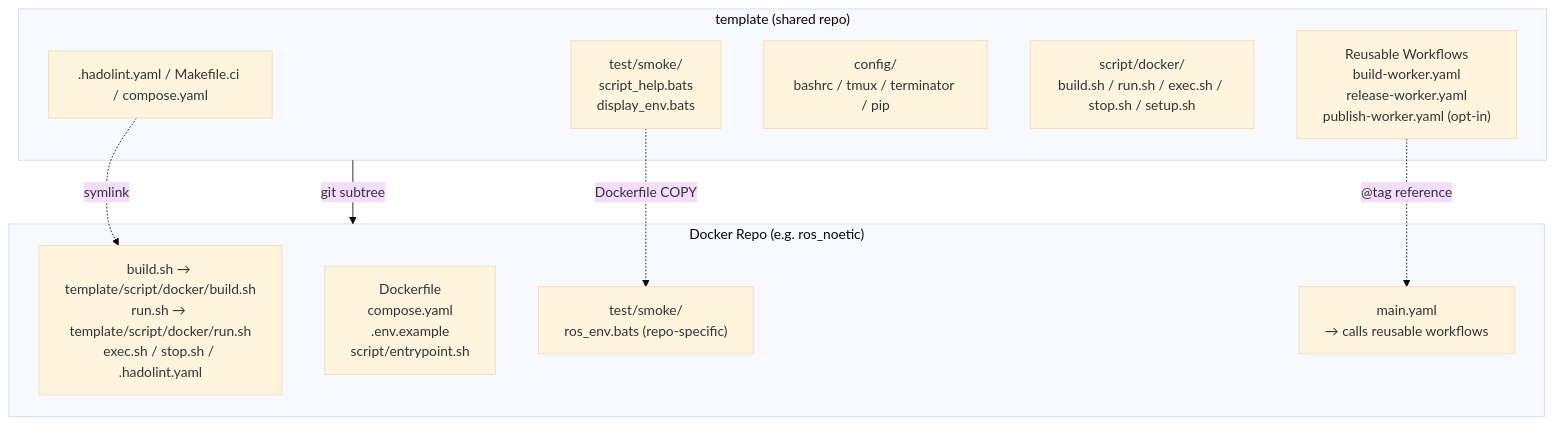
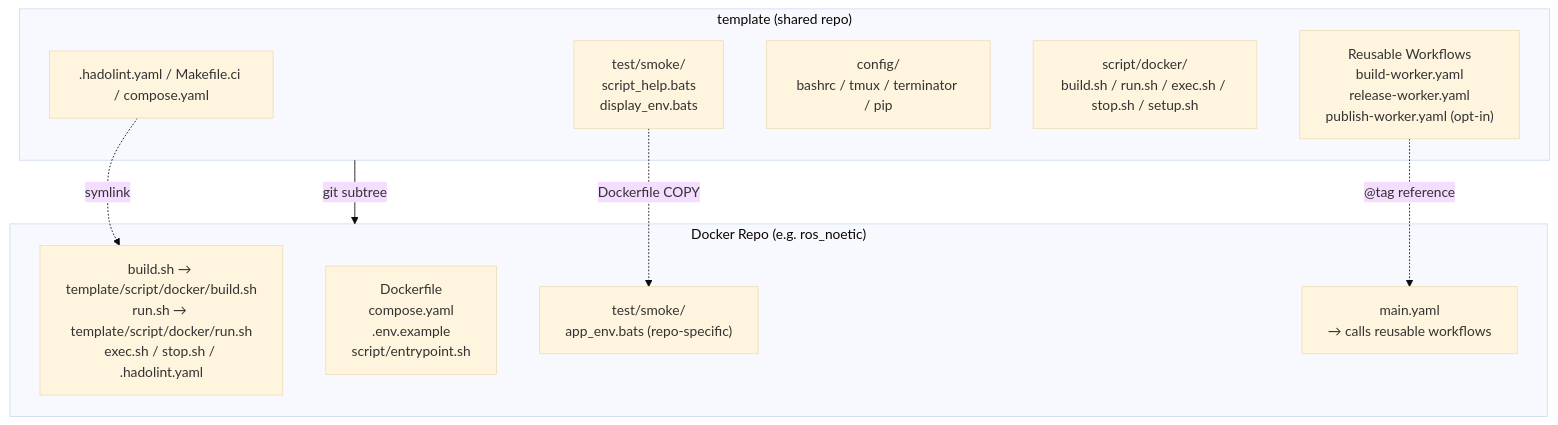
Before and after one commit to ycpss91255-docker/base: the first of 2 diagrams in README.md, drawn with Mermaid (base theme). The commit also changed other lines of this file and 11 other files, not shown here.

First line of the commit message:
refactor: remove ROS-specific content from template (closes #240) (#241)

````diff
--- a/README.md
+++ b/README.md
@@ -56,22 +56,22 @@
 ```mermaid
 graph TB
     subgraph template["template (shared repo)"]
         scripts[".hadolint.yaml / Makefile.ci / compose.yaml"]
         smoke["test/smoke/<br/>script_help.bats<br/>display_env.bats"]
         config["config/<br/>bashrc / tmux / terminator / pip"]
         mgmt["script/docker/<br/>build.sh / run.sh / exec.sh / stop.sh / setup.sh"]
         workflows["Reusable Workflows<br/>build-worker.yaml<br/>release-worker.yaml<br/>publish-worker.yaml (opt-in)"]
     end
 
     subgraph consumer["Docker Repo (e.g. ros_noetic)"]
         symlinks["build.sh → template/script/docker/build.sh<br/>run.sh → template/script/docker/run.sh<br/>exec.sh / stop.sh / .hadolint.yaml"]
         dockerfile["Dockerfile<br/>compose.yaml<br/>.env.example<br/>script/entrypoint.sh"]
-        repo_test["test/smoke/<br/>ros_env.bats (repo-specific)"]
+        repo_test["test/smoke/<br/>app_env.bats (repo-specific)"]
         main_yaml["main.yaml<br/>→ calls reusable workflows"]
     end
 
     template -- "git subtree" --> consumer
     scripts -. symlink .-> symlinks
     smoke -. "Dockerfile COPY" .-> repo_test
     workflows -. "@tag reference" .-> main_yaml
 ```
````
